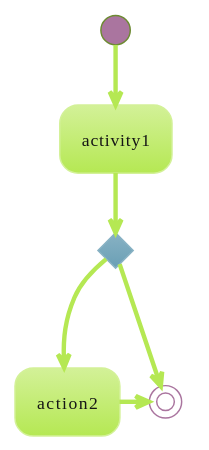
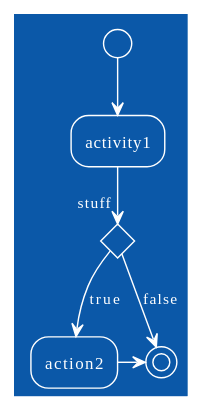
The third of 3 diagrams in notes_paradigms.md (erikatudisco/programming_formalism), drawn with PlantUML before and after one commit. The commit also changed other lines of this file, not shown here.

````diff
--- a/notes_paradigms.md
+++ b/notes_paradigms.md
@@ -62,9 +70,9 @@
 ```plantuml
-!theme hacker 
+!theme amiga 
 (*)--> activity1
 if "stuff" then 
 -->[true] "action2"
 -r->(*)
 else 
 --> [false](*)
 ```
````
